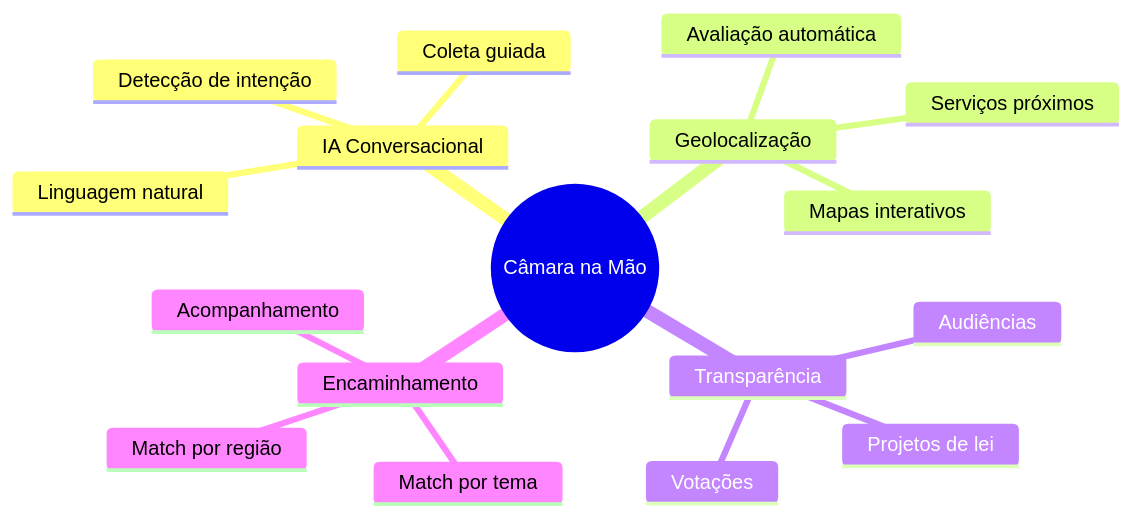
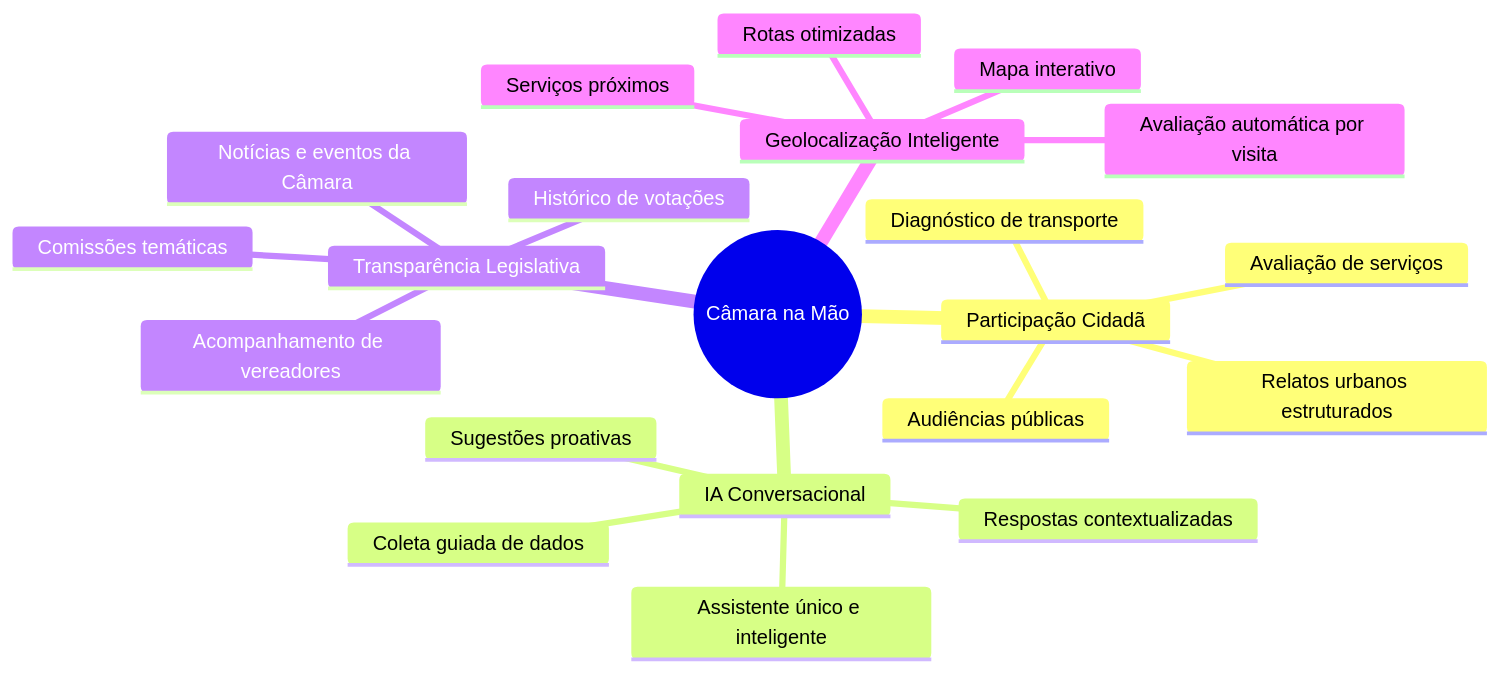
The first of 33 diagrams in docs/ESCOPO_E_ARQUITETURA_CAMARA_NA_MAO.md (MTechnologia/camana-na-mao), drawn with Mermaid before and after one commit. The commit also changed other lines of this file, not shown here.

````diff
--- a/docs/ESCOPO_E_ARQUITETURA_CAMARA_NA_MAO.md
+++ b/docs/ESCOPO_E_ARQUITETURA_CAMARA_NA_MAO.md
@@ -46,20 +52,24 @@
 ```mermaid
 mindmap
   root((Câmara na Mão))
+    Participação Cidadã
+      Relatos urbanos estruturados
+      Diagnóstico de transporte
+      Avaliação de serviços
+      Audiências públicas
     IA Conversacional
-      Linguagem natural
-      Coleta guiada
-      Detecção de intenção
-    Geolocalização
+      Assistente único e inteligente
+      Coleta guiada de dados
+      Respostas contextualizadas
+      Sugestões proativas
+    Transparência Legislativa
+      Acompanhamento de vereadores
+      Notícias e eventos da Câmara
+      Histórico de votações
+      Comissões temáticas
+    Geolocalização Inteligente
       Serviços próximos
-      Avaliação automática
-      Mapas interativos
-    Transparência
-      Projetos de lei
-      Votações
-      Audiências
-    Encaminhamento
-      Match por tema
-      Match por região
-      Acompanhamento
+      Rotas otimizadas
+      Avaliação automática por visita
+      Mapa interativo
 ```
````
